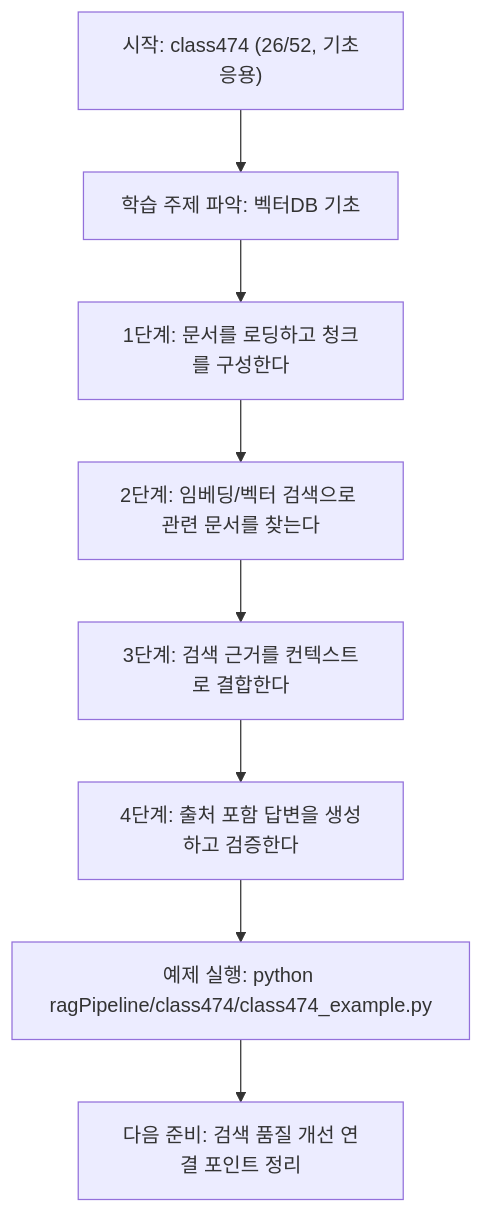
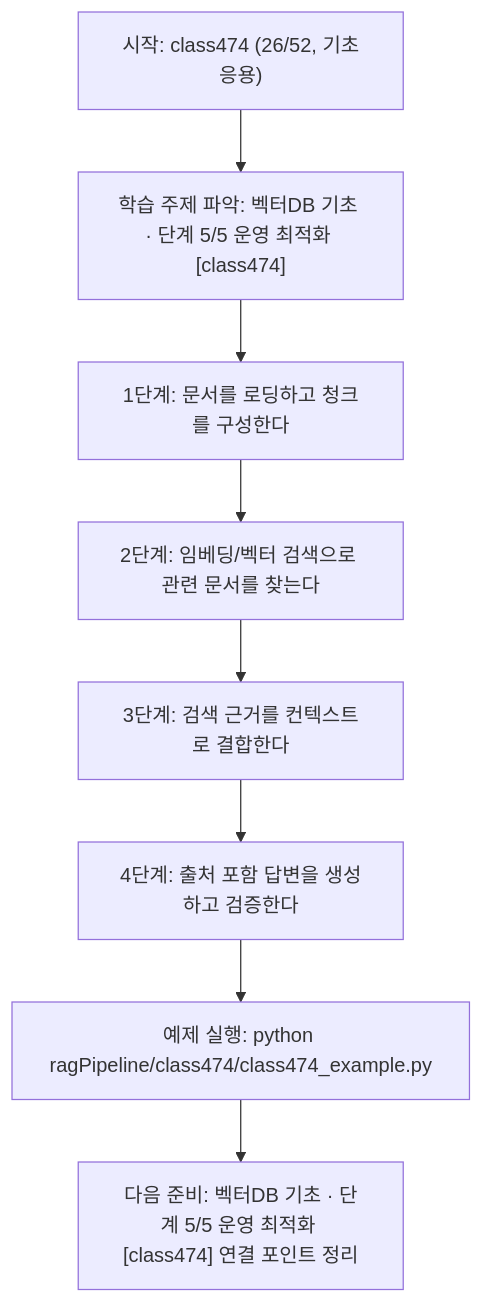
Before and after one commit to edumgt/Python-AI_Agent-Class: the diagram in ragPipeline/class474/class474.md, drawn with Mermaid. The commit also changed other lines of this file and 522 other files, not shown here.

````diff
--- a/ragPipeline/class474/class474.md
+++ b/ragPipeline/class474/class474.md
@@ -110,18 +111,18 @@
 ```mermaid
 flowchart TD
 N1["시작: class474 (26/52, 기초응용)"]
-N2["학습 주제 파악: 벡터DB 기초"]
+N2["학습 주제 파악: 벡터DB 기초 · 단계 5/5 운영 최적화 [class474]"]
 N3["1단계: 문서를 로딩하고 청크를 구성한다"]
 N4["2단계: 임베딩/벡터 검색으로 관련 문서를 찾는다"]
 N5["3단계: 검색 근거를 컨텍스트로 결합한다"]
 N6["4단계: 출처 포함 답변을 생성하고 검증한다"]
 N7["예제 실행: python ragPipeline/class474/class474_example.py"]
-N8["다음 준비: 검색 품질 개선 연결 포인트 정리"]
+N8["다음 준비: 벡터DB 기초 · 단계 5/5 운영 최적화 [class474] 연결 포인트 정리"]
 N1 --> N2
 N2 --> N3
 N3 --> N4
 N4 --> N5
 N5 --> N6
 N6 --> N7
 N7 --> N8
 ```
````
